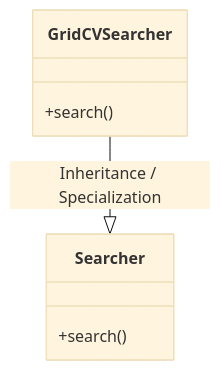
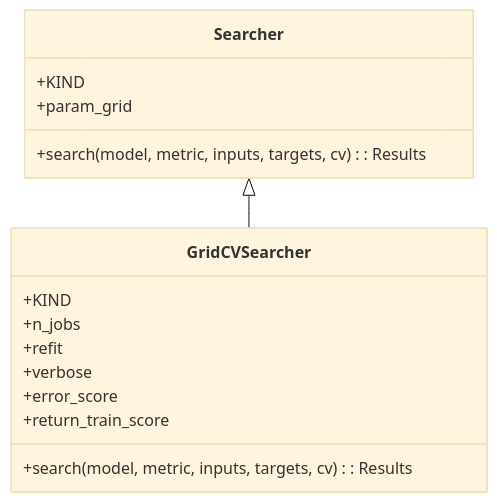
Before and after one commit to lgcorzo/mlops-python-package: the first of 4 diagrams in openwiki/src/regression_model_template/utils/searchers.md, drawn with Mermaid (base theme). The commit also changed other lines of this file and 91 other files, not shown here.

````diff
--- a/openwiki/src/regression_model_template/utils/searchers.md
+++ b/openwiki/src/regression_model_template/utils/searchers.md
@@ -20,11 +21,18 @@
 ```mermaid
 classDiagram
-    direction BT
     class Searcher {
-        +search()
+        +KIND
+        +param_grid
+        +search(model, metric, inputs, targets, cv) : Results
     }
     class GridCVSearcher {
-        +search()
+        +KIND
+        +n_jobs
+        +refit
+        +verbose
+        +error_score
+        +return_train_score
+        +search(model, metric, inputs, targets, cv) : Results
     }
-    Searcher <|-- GridCVSearcher : Inheritance / Specialization
+    Searcher <|-- GridCVSearcher
 ```
````
